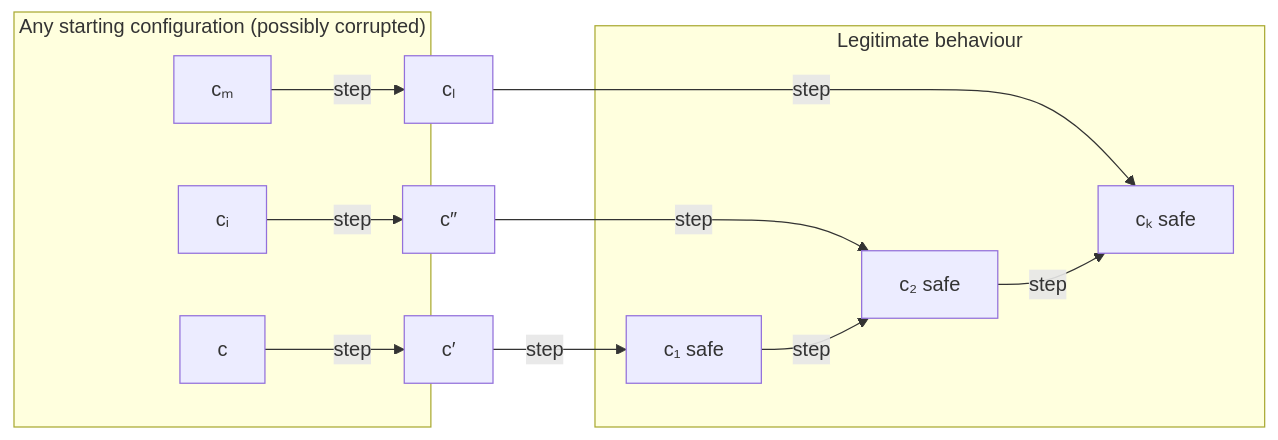
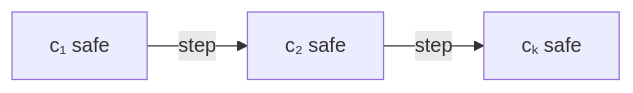
One commit to FahimMashroor/Chalmers_CSC changed the ninth of 11 diagrams in EDA387-Computer-Networks/00-Course-Introduction.md. Above: the diagram before and after it, drawn with Mermaid. The commit also changed other lines of this file, not shown here.

Commit message:
Rewrite 00 Course Introduction in simple language with examples and diagrams

````diff
--- a/EDA387-Computer-Networks/00-Course-Introduction.md
+++ b/EDA387-Computer-Networks/00-Course-Introduction.md
@@ -146,17 +253,4 @@
 ```mermaid
 flowchart LR
-    subgraph ANY["Any starting configuration (possibly corrupted)"]
-        c["c"]
-        ci["cᵢ"]
-        cm["cₘ"]
-    end
-    subgraph LEG["Legitimate behaviour"]
-        s1["c₁ safe"]
-        s2["c₂ safe"]
-        sk["cₖ safe"]
-    end
-    c -->|"step"| cp["c′"] -->|"step"| s1
-    ci -->|"step"| cpp["c″"] -->|"step"| s2
-    cm -->|"step"| cl["cₗ"] -->|"step"| sk
-    s1 -->|"step"| s2 -->|"step"| sk
+    s1["c₁ safe"] -->|"step"| s2["c₂ safe"] -->|"step"| sk["cₖ safe"]
 ```
````
